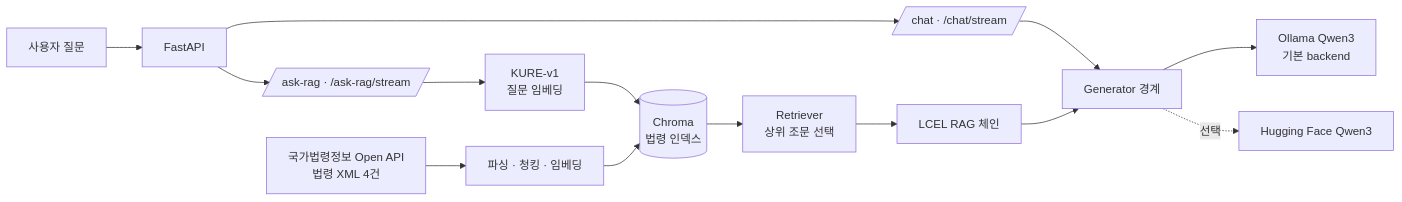
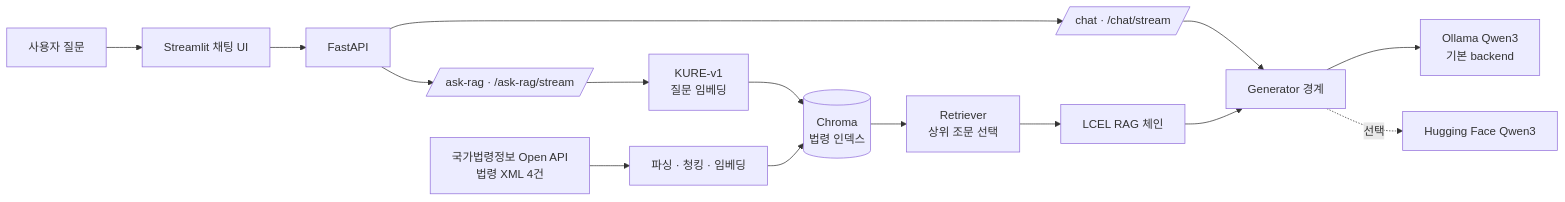
One commit to SWHee/korean-chatbot-lab changed the diagram in README.md. Above: the diagram before and after it, drawn with Mermaid. The commit also changed other lines of this file and 1 other file, not shown here.

Commit message:
docs(ui): document the basic Streamlit chat interface

````diff
--- a/README.md
+++ b/README.md
@@ -22,19 +22,20 @@
 ```mermaid
 flowchart LR
-    U[사용자 질문] --> API[FastAPI]
+    U[사용자 질문] --> UI[Streamlit 채팅 UI]
+    UI --> API[FastAPI]
 
     API --> C[/chat · /chat/stream/]
     C --> G[Generator 경계]
     G --> O[Ollama Qwen3<br/>기본 backend]
     G -. 선택 .-> H[Hugging Face Qwen3]
 
     API --> R[/ask-rag · /ask-rag/stream/]
     R --> E[KURE-v1<br/>질문 임베딩]
     E --> V[(Chroma<br/>법령 인덱스)]
     V --> T[Retriever<br/>상위 조문 선택]
     T --> L[LCEL RAG 체인]
     L --> G
 
     X[국가법령정보 Open API<br/>법령 XML 4건] --> P[파싱 · 청킹 · 임베딩]
     P --> V
 ```
````
